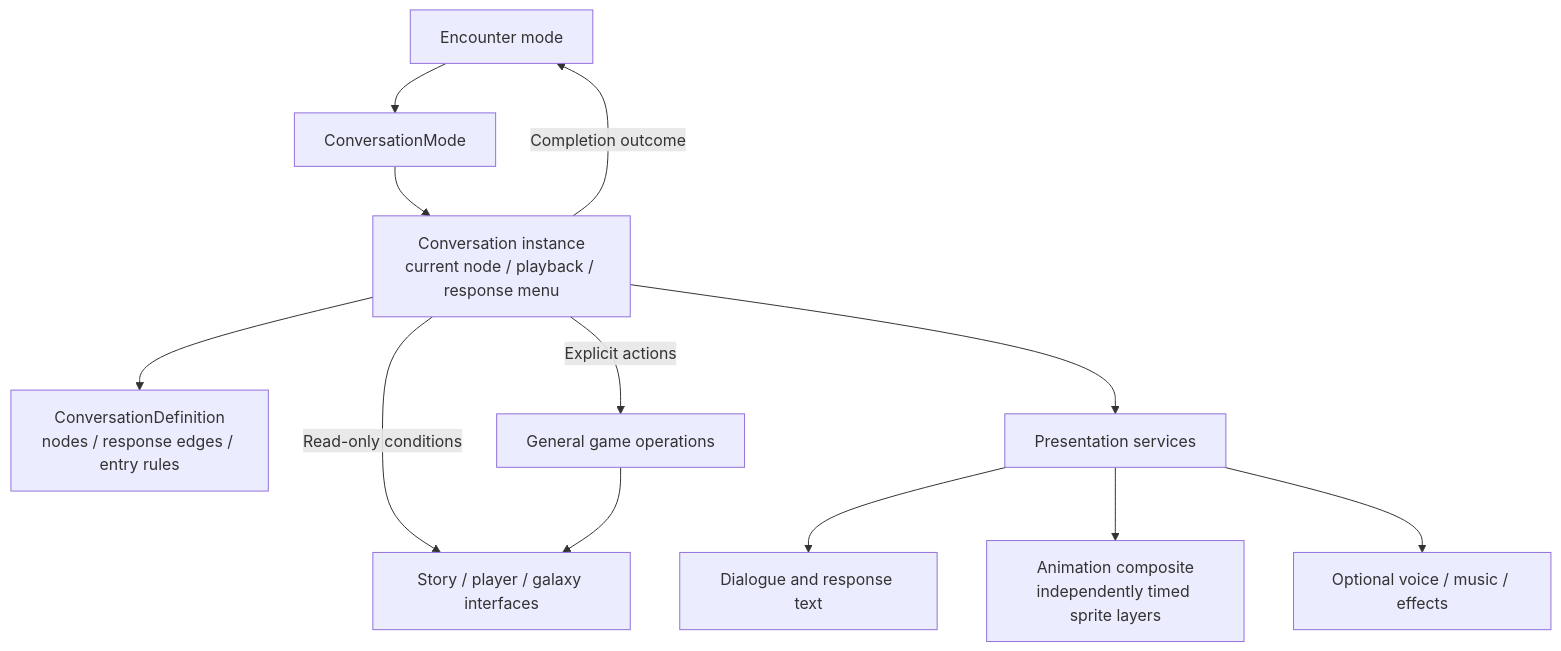
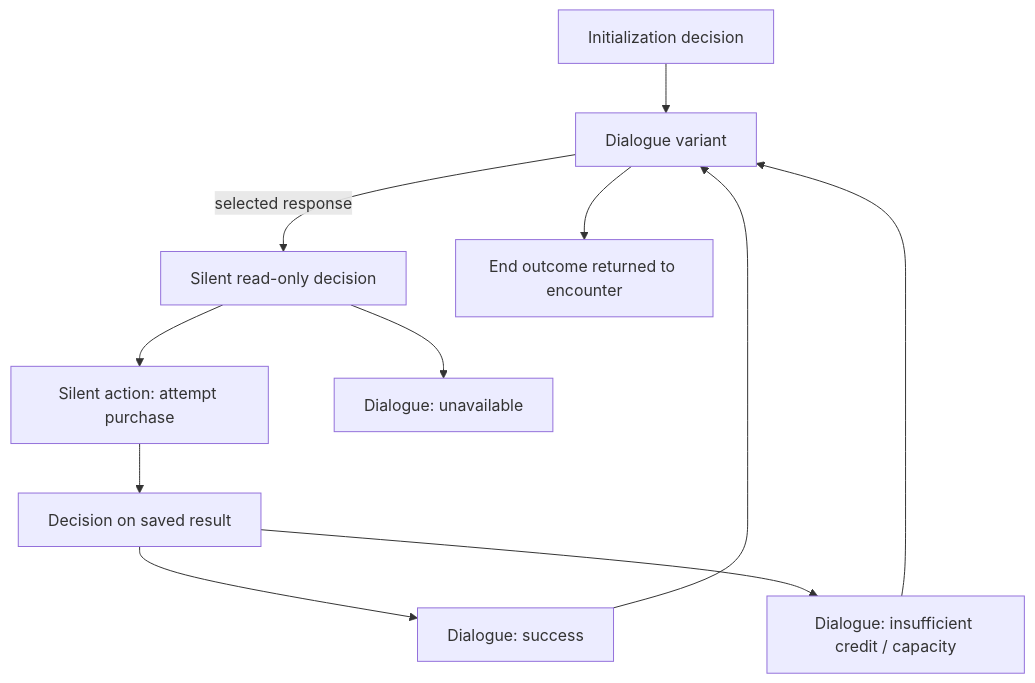
The first of 2 diagrams in docs/design/conversation/model.md (yost-jacob/uqm-cpp17), drawn with Mermaid before and after one commit. The commit also changed other lines of this file and 21 other files, not shown here.

Commit message:
Prototype bound conversation engine and Hayes/Melnorme JSON graphs

````diff
--- a/docs/design/conversation/model.md
+++ b/docs/design/conversation/model.md
@@ -113,14 +21,13 @@
 ```mermaid
 flowchart TD
-    Encounter["Encounter mode"] --> Mode["ConversationMode"]
-    Mode --> Runtime["Conversation instance<br/>current node / playback / response menu"]
-    Runtime --> Definition["ConversationDefinition<br/>nodes / response edges / entry rules"]
-    Runtime -->|"Read-only conditions"| State["Story / player / galaxy interfaces"]
-    Runtime -->|"Explicit actions"| Operations["General game operations"]
-    Operations --> State
-    Runtime --> Presentation["Presentation services"]
-    Presentation --> Text["Dialogue and response text"]
-    Presentation --> Animation["Animation composite<br/>independently timed sprite layers"]
-    Presentation --> Audio["Optional voice / music / effects"]
-    Runtime -->|"Completion outcome"| Encounter
+    Start["Initialization decision"] --> Greeting["Dialogue variant"]
+    Greeting -->|selected response| Eligibility["Silent read-only decision"]
+    Eligibility --> Action["Silent action: attempt purchase"]
+    Eligibility --> Decline["Dialogue: unavailable"]
+    Action --> Outcome["Decision on saved result"]
+    Outcome --> Success["Dialogue: success"]
+    Outcome --> Failure["Dialogue: insufficient credit / capacity"]
+    Success --> Greeting
+    Failure --> Greeting
+    Greeting --> End["End outcome returned to encounter"]
 ```
````
